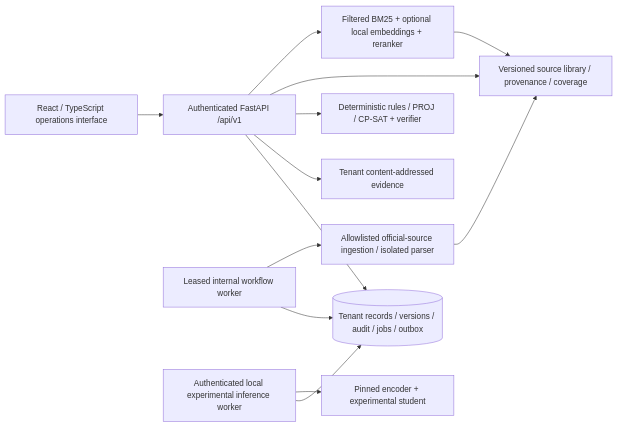
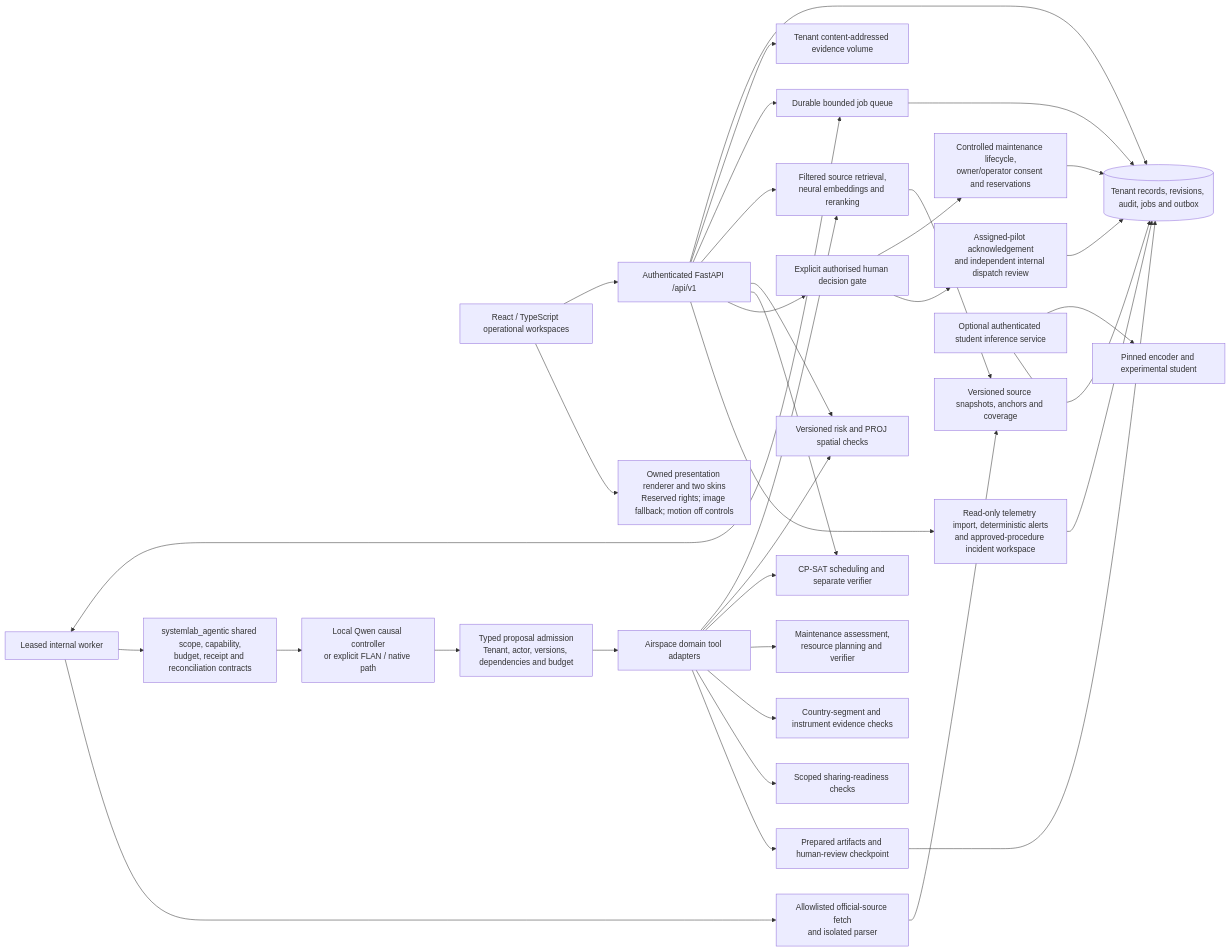
One commit to michelegiletto-beep/airspace-operations changed the diagram in docs/architecture.md. Above: the diagram before and after it, drawn with Mermaid. The commit also changed other lines of this file and 170 other files, not shown here.

Commit message:
Prepare 0.2 release with verified deployment, real captures, model evidence and scoped publication

````diff
--- a/docs/architecture.md
+++ b/docs/architecture.md
@@ -3,15 +3,37 @@
 ```mermaid
 flowchart LR
-  UI[React / TypeScript operations interface] --> API[Authenticated FastAPI /api/v1]
-  API --> DB[(Tenant records / versions / audit / jobs / outbox)]
-  API --> OBJ[Tenant content-addressed evidence]
-  API --> RULES[Deterministic rules / PROJ / CP-SAT + verifier]
-  WORKER[Leased internal workflow worker] --> DB
-  WORKER --> INGEST[Allowlisted official-source ingestion / isolated parser]
-  INGEST --> LIB[Versioned source library / provenance / coverage]
-  API --> LIB
-  API --> RETRIEVE[Filtered BM25 + optional local embeddings + reranker]
-  RETRIEVE --> LIB
-  INFER[Authenticated local experimental inference worker] --> DB
-  INFER --> MODEL[Pinned encoder + experimental student]
+  UI["React / TypeScript operational workspaces"] --> API["Authenticated FastAPI /api/v1"]
+  UI --> ART["Owned presentation renderer and two skins<br/>Reserved rights; image fallback; motion off controls"]
+  API --> DB[("Tenant records, revisions, audit, jobs and outbox")]
+  API --> OBJ["Tenant content-addressed evidence volume"]
+  API --> JOB["Durable bounded job queue"]
+  JOB --> DB
+  WORKER["Leased internal worker"] <--> JOB
+  WORKER --> CORE["systemlab_agentic shared scope, capability,<br/>budget, receipt and reconciliation contracts"]
+  CORE --> CTRL["Local Qwen causal controller<br/>or explicit FLAN / native path"]
+  CTRL --> GATE["Typed proposal admission<br/>Tenant, actor, versions, dependencies and budget"]
+  GATE --> TOOLS["Airspace domain tool adapters"]
+  TOOLS --> REG["Filtered source retrieval,<br/>neural embeddings and reranking"]
+  TOOLS --> RULES["Versioned risk and PROJ spatial checks"]
+  TOOLS --> PLAN["CP-SAT scheduling and separate verifier"]
+  TOOLS --> MAINT["Maintenance assessment,<br/>resource planning and verifier"]
+  TOOLS --> EUROPE["Country-segment and instrument evidence checks"]
+  TOOLS --> SHARE["Scoped sharing-readiness checks"]
+  TOOLS --> REVIEW["Prepared artifacts and human-review checkpoint"]
+  REVIEW --> DB
+  WORKER --> INGEST["Allowlisted official-source fetch<br/>and isolated parser"]
+  INGEST --> LIB["Versioned source snapshots, anchors and coverage"]
+  REG --> LIB
+  API --> REG
+  API --> RULES
+  API --> PLAN
+  API --> DECIDE["Explicit authorised human decision gate"]
+  DECIDE --> LIFECYCLE["Controlled maintenance lifecycle,<br/>owner/operator consent and reservations"]
+  DECIDE --> DISPATCH["Assigned-pilot acknowledgement<br/>and independent internal dispatch review"]
+  LIFECYCLE --> DB
+  DISPATCH --> DB
+  API --> MONITOR["Read-only telemetry import, deterministic alerts<br/>and approved-procedure incident workspace"]
+  MONITOR --> DB
+  INFER["Optional authenticated student inference service"] --> MODEL["Pinned encoder and experimental student"]
+  INFER --> DB
 ```
````
